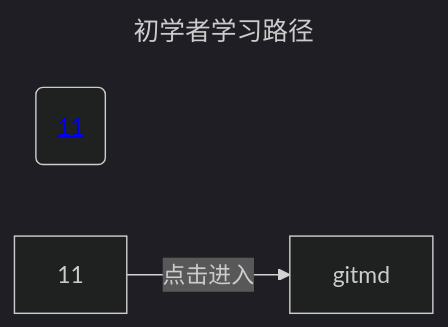
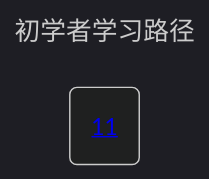
One commit to ICrazybabyI/note changed the first of 3 diagrams in linux_note/README_linux.md. Above: the diagram before and after it, drawn with Mermaid (dark theme).

Commit message:
vault backup: 2026-06-15 11:01:24

````diff
--- a/linux_note/README_linux.md
+++ b/linux_note/README_linux.md
@@ -11,10 +11,12 @@
 ```mermaid
 ---
 title:   初学者学习路径
 ---
 graph LR
 	git("<a href="git.md">11</a>")
-	biji["11"] -->|点击进入| gitmd
-	click biji "git.md" _self
+
+
+
+	
 
 ```
````
